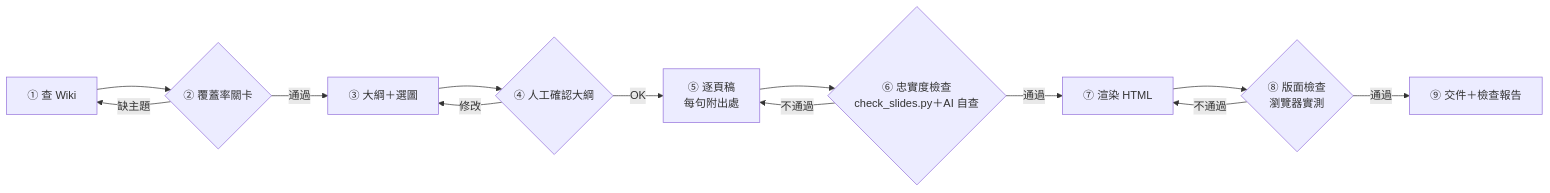
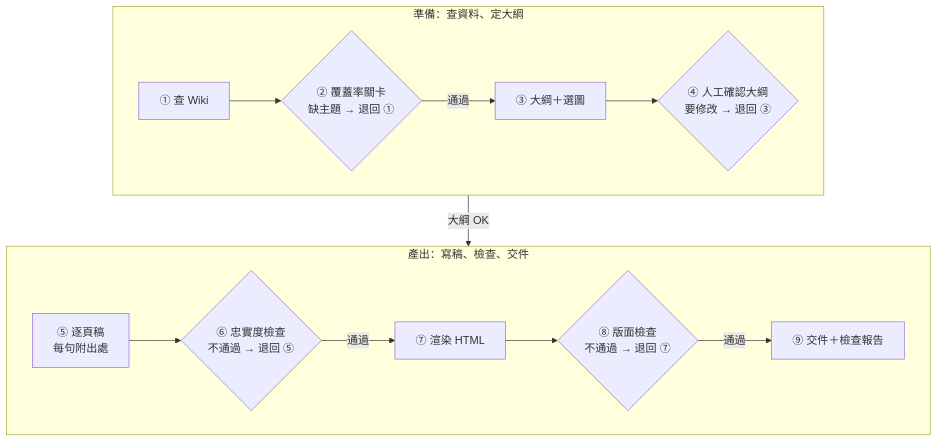
One commit to Donna12301230/herzbaa-wiki changed the second of 2 diagrams in docs/第十週作業_繳交說明草稿.md. Above: the diagram before and after it, drawn with Mermaid. The commit also changed 1 other file, not shown here.

Commit message:
docs: 簡報流程圖改成兩排（退回路徑寫在關卡內）

````diff
--- a/docs/第十週作業_繳交說明草稿.md
+++ b/docs/第十週作業_繳交說明草稿.md
@@ -63,15 +63,17 @@
 ```mermaid
-flowchart LR
-    A[① 查 Wiki] --> B{② 覆蓋率關卡}
-    B -- 缺主題 --> A
-    B -- 通過 --> C[③ 大綱＋選圖]
-    C --> D{④ 人工確認大綱}
-    D -- 修改 --> C
-    D -- OK --> E[⑤ 逐頁稿<br/>每句附出處]
-    E --> F{⑥ 忠實度檢查<br/>check_slides.py＋AI 自查}
-    F -- 不通過 --> E
-    F -- 通過 --> G[⑦ 渲染 HTML]
-    G --> H{⑧ 版面檢查<br/>瀏覽器實測}
-    H -- 不通過 --> G
-    H -- 通過 --> I[⑨ 交件＋檢查報告]
+flowchart TB
+    subgraph P1["準備：查資料、定大綱"]
+        direction LR
+        A[① 查 Wiki] --> B{"② 覆蓋率關卡<br/>缺主題 → 退回 ①"}
+        B -- 通過 --> C[③ 大綱＋選圖]
+        C --> D{"④ 人工確認大綱<br/>要修改 → 退回 ③"}
+    end
+    subgraph P2["產出：寫稿、檢查、交件"]
+        direction LR
+        E[⑤ 逐頁稿<br/>每句附出處] --> F{"⑥ 忠實度檢查<br/>不通過 → 退回 ⑤"}
+        F -- 通過 --> G[⑦ 渲染 HTML]
+        G --> H{"⑧ 版面檢查<br/>不通過 → 退回 ⑦"}
+        H -- 通過 --> I[⑨ 交件＋檢查報告]
+    end
+    P1 -- 大綱 OK --> P2
 ```
````
